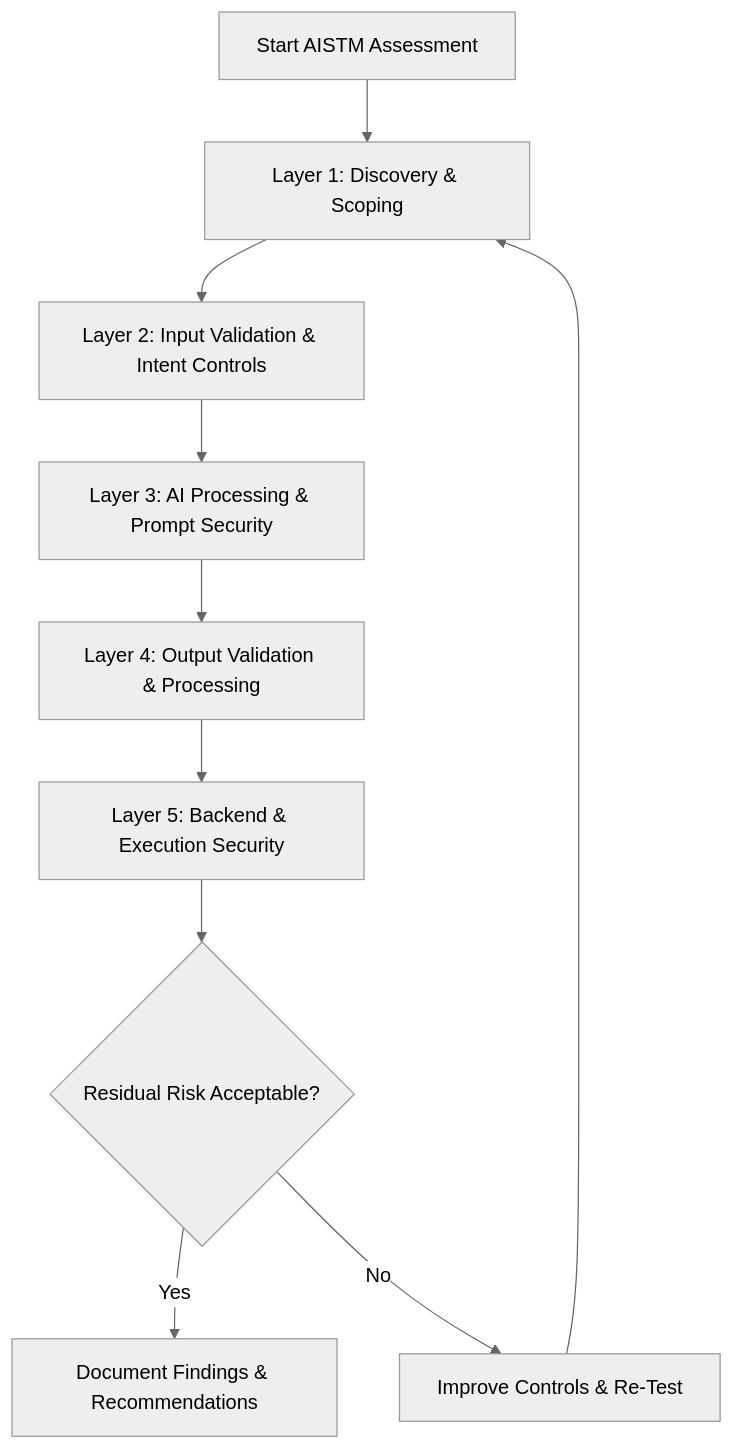
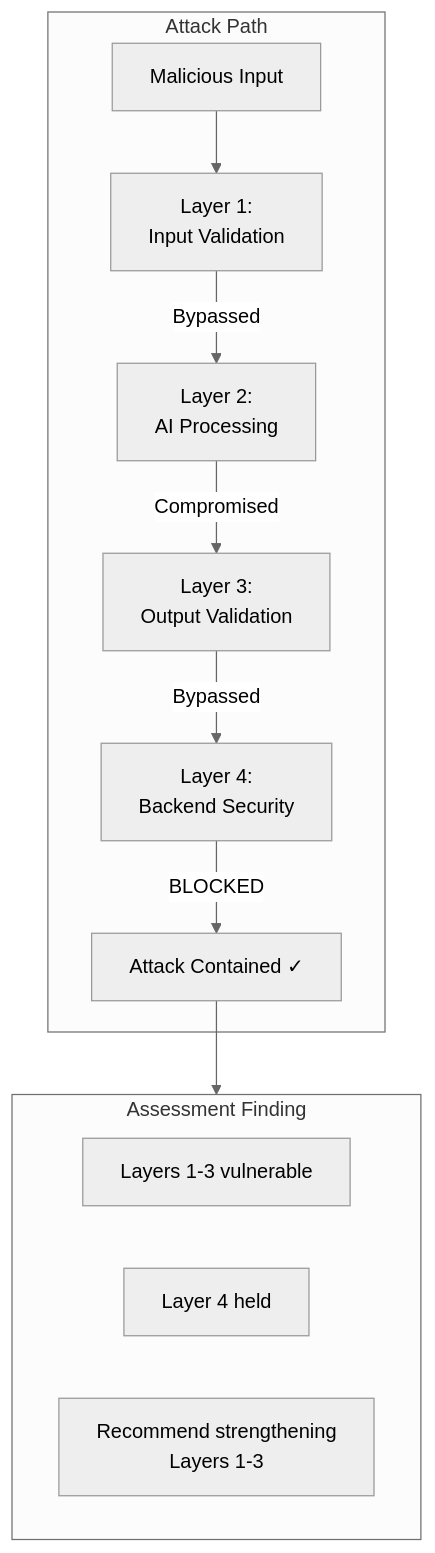
Before and after one commit to TJRSec/aistm-framework: the fourth of 4 diagrams in README.md, drawn with Mermaid (neutral theme). The commit also changed other lines of this file, not shown here.

````diff
--- a/README.md
+++ b/README.md
@@ -41,12 +116,18 @@
 ```mermaid
 flowchart TD
-    A["Start AISTM Assessment"] --> B["Layer 1: Discovery &amp; Scoping"]
-    B --> C["Layer 2: Input Validation &amp; Intent Controls"]
-    C --> D["Layer 3: AI Processing &amp; Prompt Security"]
-    D --> E["Layer 4: Output Validation &amp; Processing"]
-    E --> F["Layer 5: Backend &amp; Execution Security"]
-    F --> G{"Residual Risk Acceptable?"}
-    G -->|Yes| H["Document Findings &amp; Recommendations"]
-    G -->|No| I["Improve Controls &amp; Re-Test"]
-    I --> B
+    subgraph attack["Attack Path"]
+        A1["Malicious Input"] --> A2["Layer 1:<br/>Input Validation"]
+        A2 -->|Bypassed| A3["Layer 2:<br/>AI Processing"]
+        A3 -->|Compromised| A4["Layer 3:<br/>Output Validation"]
+        A4 -->|Bypassed| A5["Layer 4:<br/>Backend Security"]
+        A5 -->|BLOCKED| A6["Attack Contained ✓"]
+    end
+    
+    subgraph finding["Assessment Finding"]
+        F1["Layers 1-3 vulnerable"]
+        F2["Layer 4 held"]
+        F3["Recommend strengthening<br/>Layers 1-3"]
+    end
+    
+    A6 --> finding
 ```
````
